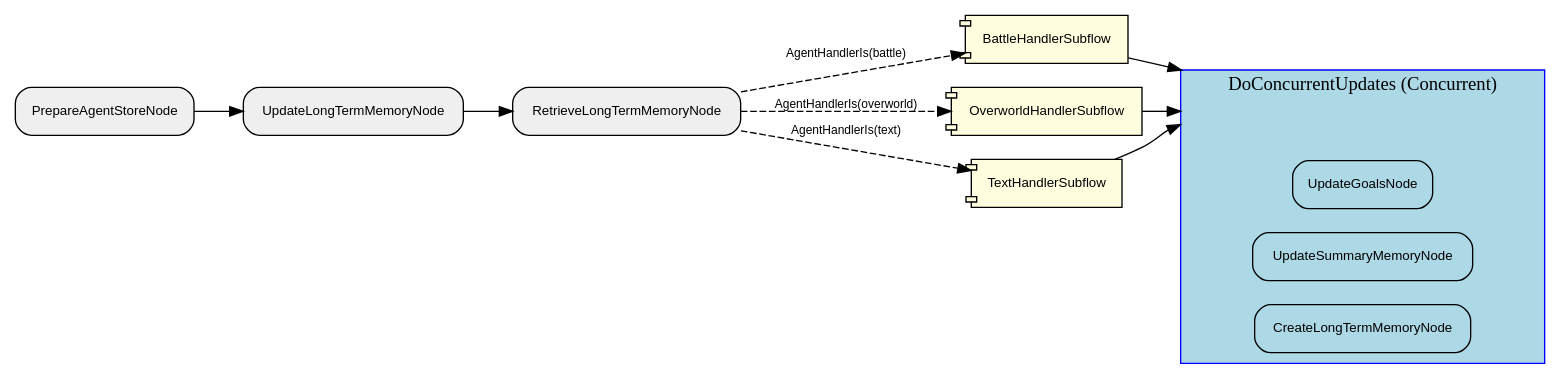
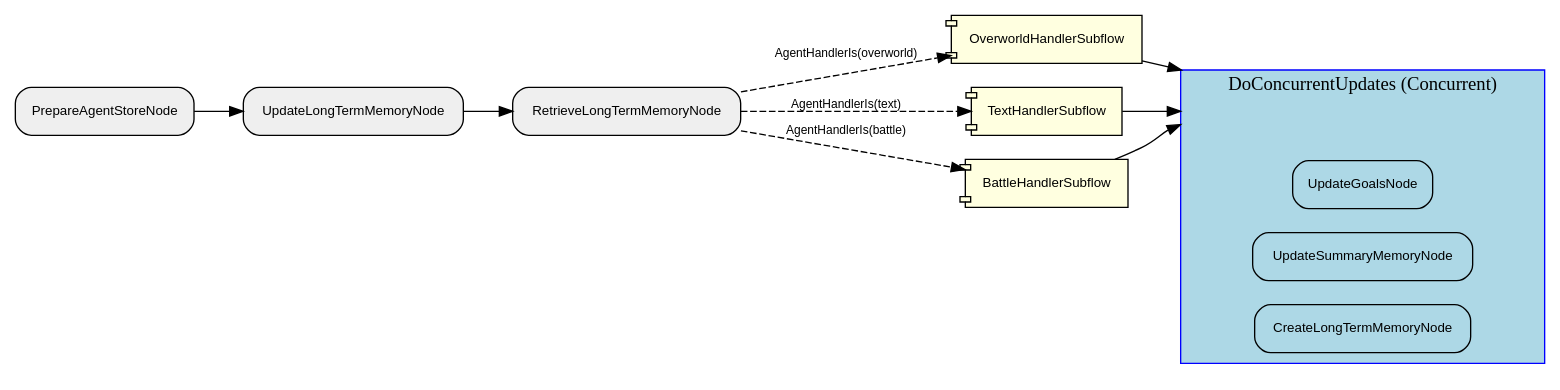
The diagram in visualization/agent_graph/Graph.dot (clambro/ai-plays-pokemon), drawn with Graphviz before and after one commit. The commit also changed 19 other files, not shown here.

```diff
--- a/visualization/agent_graph/Graph.dot
+++ b/visualization/agent_graph/Graph.dot
@@ -1,33 +1,33 @@
 digraph "G" {
   rankdir=LR;
   compound=true;
   node [shape=box, style="rounded,filled", fillcolor="#EFEFEF", fontname="Helvetica", fontsize=10];
   edge [fontname="Helvetica", fontsize=9];
-  subgraph "cluster_15ISiJW4Yi69JEu04sSHH" {
+  subgraph "cluster_0wn7nP8uiVwA60qyD0yYJ" {
     label="DoConcurrentUpdates (Concurrent)";
     style="filled"; fillcolor="lightblue"; color="blue";
     node [fillcolor="lightblue", style="filled,rounded"];
-    "15ISiJW4Yi69JEu04sSHH__entry" [label="", shape=point, width=0.01, style=invis];
-    "15ISiJW4Yi69JEu04sSHH__exit"  [label="", shape=point, width=0.01, style=invis];
-    c1SKqN2WIx2ij4NgUKTvb [label="UpdateGoalsNode"];
-    jLEwWIrZGxAGg4o38i4su [label="UpdateSummaryMemoryNode"];
-    GXflY9EKdHPiqjInL1sYC [label="CreateLongTermMemoryNode"];
+    "0wn7nP8uiVwA60qyD0yYJ__entry" [label="", shape=point, width=0.01, style=invis];
+    "0wn7nP8uiVwA60qyD0yYJ__exit"  [label="", shape=point, width=0.01, style=invis];
+    jwMSWALOG7oRIjDI8mb9f [label="UpdateGoalsNode"];
+    jnjZw6PJKabnHhiCMhdBh [label="UpdateSummaryMemoryNode"];
+    RhmfpZ2UTXjjk1CC3Oepe [label="CreateLongTermMemoryNode"];
   }
-  GXflY9EKdHPiqjInL1sYC [label="CreateLongTermMemoryNode"];
-  AP86GCGV3npDf4CHClXFg [label="BattleHandlerSubflow", shape=component, style="filled,rounded", fillcolor="lightyellow"];
-  fv72b8kyNhTSRWWlL00R2 [label="UpdateLongTermMemoryNode"];
-  oW1E57LB7d2o1qKYWzj4w [label="RetrieveLongTermMemoryNode"];
-  vECg5X0vyAOo7gThuDB4Y [label="OverworldHandlerSubflow", shape=component, style="filled,rounded", fillcolor="lightyellow"];
-  HUZQmXyC3O2UpxJ2NxeOm [label="TextHandlerSubflow", shape=component, style="filled,rounded", fillcolor="lightyellow"];
-  c1SKqN2WIx2ij4NgUKTvb [label="UpdateGoalsNode"];
-  jLEwWIrZGxAGg4o38i4su [label="UpdateSummaryMemoryNode"];
-  "0gFf65PBfZlXKbrt2YaZI" [label="PrepareAgentStoreNode"];
-  "0gFf65PBfZlXKbrt2YaZI" -> fv72b8kyNhTSRWWlL00R2 [style="solid"];
-  fv72b8kyNhTSRWWlL00R2 -> oW1E57LB7d2o1qKYWzj4w [style="solid"];
-  oW1E57LB7d2o1qKYWzj4w -> vECg5X0vyAOo7gThuDB4Y [style="dashed", label="AgentHandlerIs(overworld)"];
-  oW1E57LB7d2o1qKYWzj4w -> AP86GCGV3npDf4CHClXFg [style="dashed", label="AgentHandlerIs(battle)"];
-  oW1E57LB7d2o1qKYWzj4w -> HUZQmXyC3O2UpxJ2NxeOm [style="dashed", label="AgentHandlerIs(text)"];
-  HUZQmXyC3O2UpxJ2NxeOm -> "15ISiJW4Yi69JEu04sSHH__entry" [lhead="cluster_15ISiJW4Yi69JEu04sSHH", style="solid"];
-  AP86GCGV3npDf4CHClXFg -> "15ISiJW4Yi69JEu04sSHH__entry" [lhead="cluster_15ISiJW4Yi69JEu04sSHH", style="solid"];
-  vECg5X0vyAOo7gThuDB4Y -> "15ISiJW4Yi69JEu04sSHH__entry" [lhead="cluster_15ISiJW4Yi69JEu04sSHH", style="solid"];
+  ZMAkiUR9uMgquhLUkpIPR [label="RetrieveLongTermMemoryNode"];
+  wfXbMoT9sujv2blYkmcYs [label="PrepareAgentStoreNode"];
+  Y9LMgKnSWXwAeyntUAbuI [label="OverworldHandlerSubflow", shape=component, style="filled,rounded", fillcolor="lightyellow"];
+  ZnEKS1eWUH2GzzGv8WVYw [label="TextHandlerSubflow", shape=component, style="filled,rounded", fillcolor="lightyellow"];
+  dCSRA6hcYs7kW7rciwOfT [label="UpdateLongTermMemoryNode"];
+  RhmfpZ2UTXjjk1CC3Oepe [label="CreateLongTermMemoryNode"];
+  yYFmr5aWKcxbTUgy1WSHO [label="BattleHandlerSubflow", shape=component, style="filled,rounded", fillcolor="lightyellow"];
+  jnjZw6PJKabnHhiCMhdBh [label="UpdateSummaryMemoryNode"];
+  jwMSWALOG7oRIjDI8mb9f [label="UpdateGoalsNode"];
+  wfXbMoT9sujv2blYkmcYs -> dCSRA6hcYs7kW7rciwOfT [style="solid"];
+  dCSRA6hcYs7kW7rciwOfT -> ZMAkiUR9uMgquhLUkpIPR [style="solid"];
+  ZMAkiUR9uMgquhLUkpIPR -> Y9LMgKnSWXwAeyntUAbuI [style="dashed", label="AgentHandlerIs(overworld)"];
+  ZMAkiUR9uMgquhLUkpIPR -> yYFmr5aWKcxbTUgy1WSHO [style="dashed", label="AgentHandlerIs(battle)"];
+  ZMAkiUR9uMgquhLUkpIPR -> ZnEKS1eWUH2GzzGv8WVYw [style="dashed", label="AgentHandlerIs(text)"];
+  ZnEKS1eWUH2GzzGv8WVYw -> "0wn7nP8uiVwA60qyD0yYJ__entry" [lhead="cluster_0wn7nP8uiVwA60qyD0yYJ", style="solid"];
+  yYFmr5aWKcxbTUgy1WSHO -> "0wn7nP8uiVwA60qyD0yYJ__entry" [lhead="cluster_0wn7nP8uiVwA60qyD0yYJ", style="solid"];
+  Y9LMgKnSWXwAeyntUAbuI -> "0wn7nP8uiVwA60qyD0yYJ__entry" [lhead="cluster_0wn7nP8uiVwA60qyD0yYJ", style="solid"];
 }
```
